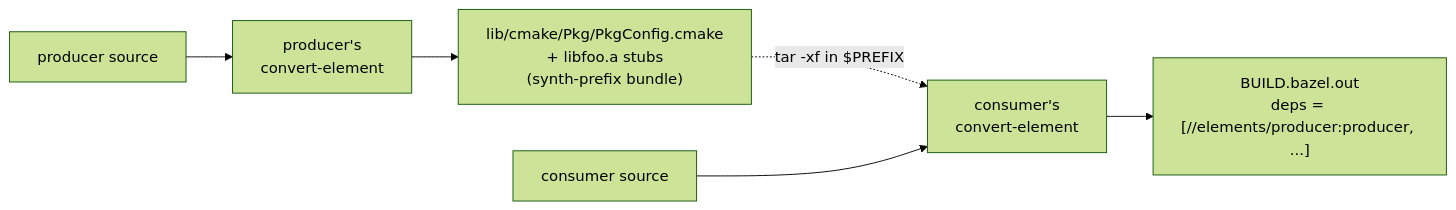
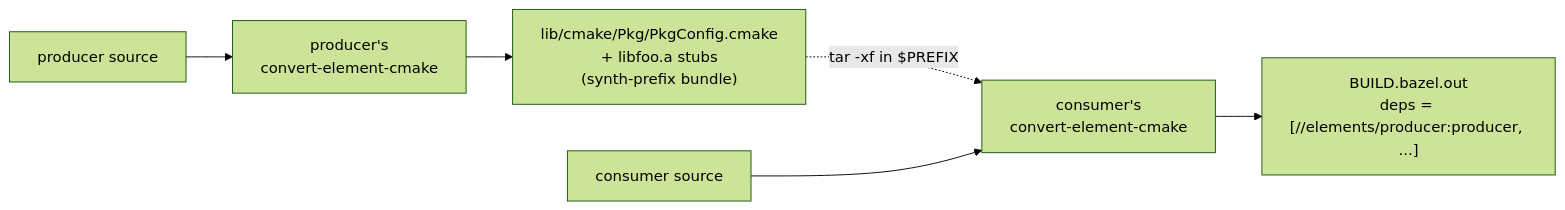
One commit to sstriker/buildstream-bazel changed the third of 3 diagrams in docs/overview.md. Above: the diagram before and after it, drawn with Mermaid (forest theme). The commit also changed other lines of this file and 127 other files, not shown here.

````diff
--- a/docs/overview.md
+++ b/docs/overview.md
@@ -105,8 +105,8 @@
 ```mermaid
 flowchart LR
-    PSRC["producer source"] --> PCONV["producer's<br/>convert-element"]
+    PSRC["producer source"] --> PCONV["producer's<br/>convert-element-cmake"]
     PCONV --> PBUNDLE["lib/cmake/Pkg/PkgConfig.cmake<br/>+ libfoo.a stubs<br/>(synth-prefix bundle)"]
-    PBUNDLE -. "tar -xf in $PREFIX" .-> CCONV["consumer's<br/>convert-element"]
+    PBUNDLE -. "tar -xf in $PREFIX" .-> CCONV["consumer's<br/>convert-element-cmake"]
     CSRC["consumer source"] --> CCONV
     CCONV --> CBUILD["BUILD.bazel.out<br/>deps = [//elements/producer:producer, ...]"]
 ```
````
